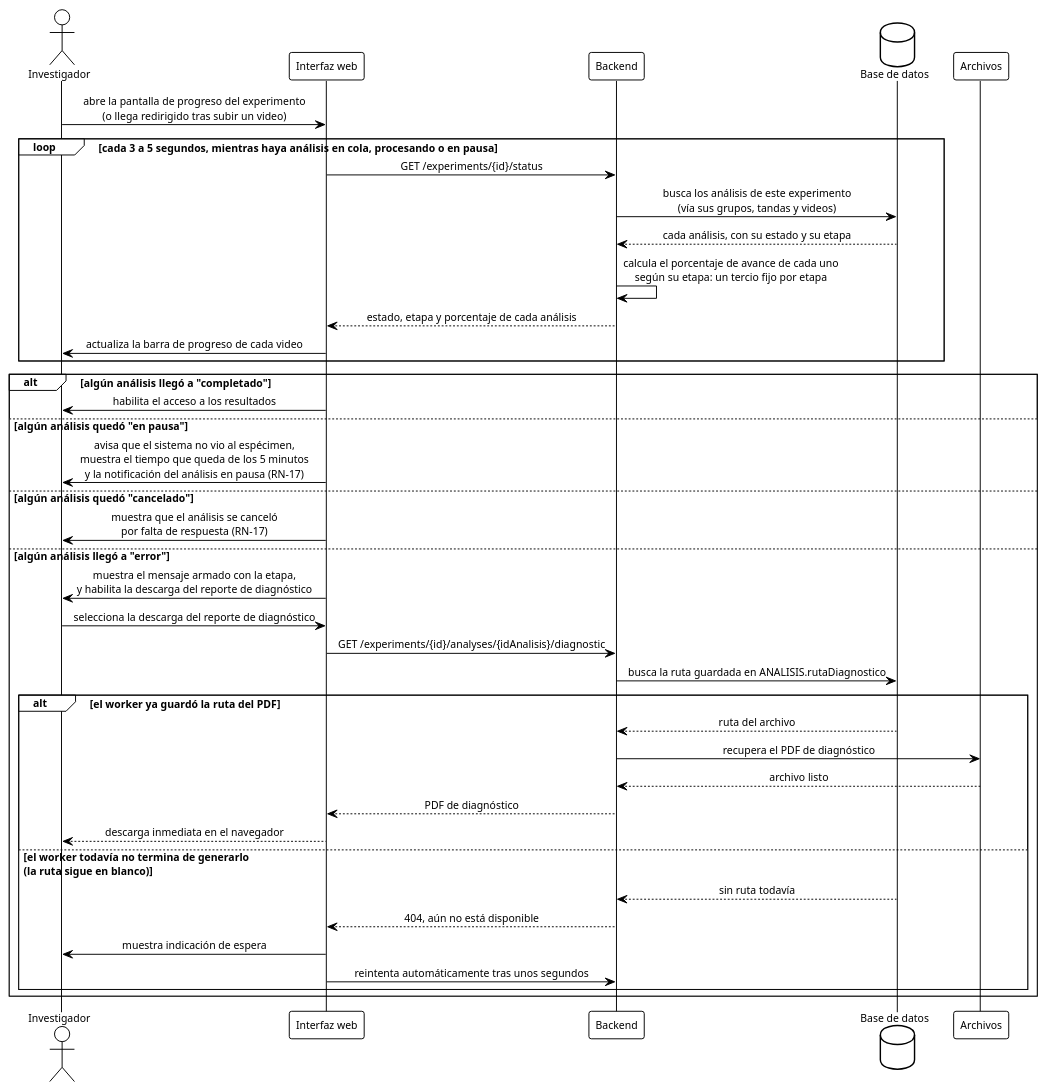
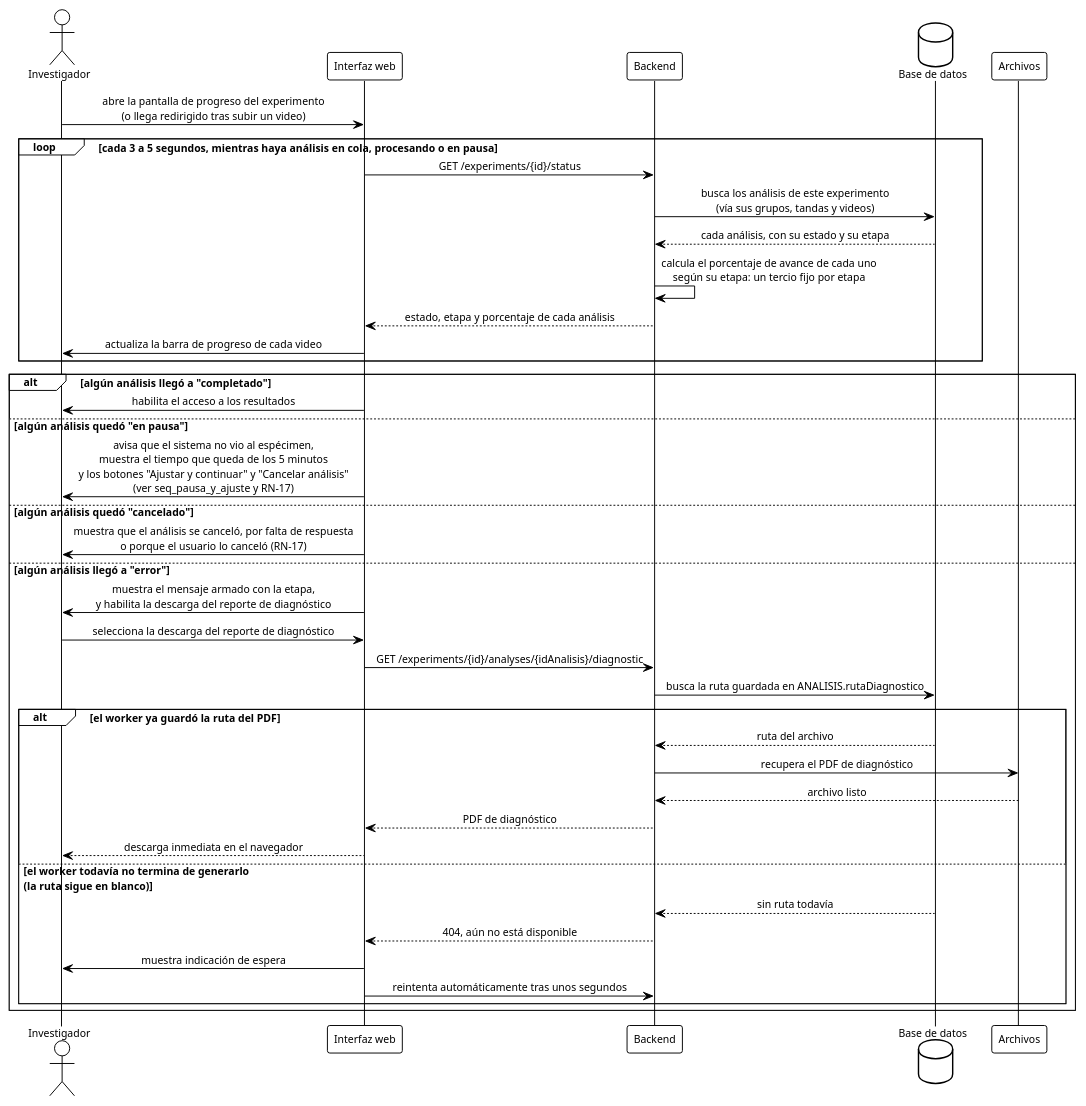
One commit to ErickJester/fst-ai-system-latex changed diagram 32 of 39 in INSTRUCCIONES-WEB.md. Above: the diagram before and after it, drawn with PlantUML. The commit also changed other lines of this file and 28 other files, not shown here.

````diff
--- a/INSTRUCCIONES-WEB.md
+++ b/INSTRUCCIONES-WEB.md
@@ -2310,51 +2410,51 @@
 ```plantuml
 @startuml seq_consulta_progreso
 !theme plain
 skinparam defaultFontName Arial
 skinparam defaultFontSize 11
 skinparam shadowing false
 skinparam sequenceMessageAlign center
 skinparam BoxPadding 10
 actor Investigador as inv
 participant "Interfaz web" as ui
 participant Backend as api
 database "Base de datos" as db
 participant "Archivos" as fs
 
 inv -> ui: abre la pantalla de progreso del experimento\n(o llega redirigido tras subir un video)
 
 loop cada 3 a 5 segundos, mientras haya análisis en cola, procesando o en pausa
   ui -> api: GET /experiments/{id}/status
   api -> db: busca los análisis de este experimento\n(vía sus grupos, tandas y videos)
   db --> api: cada análisis, con su estado y su etapa
   api -> api: calcula el porcentaje de avance de cada uno\nsegún su etapa: un tercio fijo por etapa
   api --> ui: estado, etapa y porcentaje de cada análisis
   ui -> inv: actualiza la barra de progreso de cada video
 end
 
 alt algún análisis llegó a "completado"
   ui -> inv: habilita el acceso a los resultados
 else algún análisis quedó "en pausa"
-  ui -> inv: avisa que el sistema no vio al espécimen,\nmuestra el tiempo que queda de los 5 minutos\ny la notificación del análisis en pausa (RN-17)
+  ui -> inv: avisa que el sistema no vio al espécimen,\nmuestra el tiempo que queda de los 5 minutos\ny los botones "Ajustar y continuar" y "Cancelar análisis"\n(ver seq_pausa_y_ajuste y RN-17)
 else algún análisis quedó "cancelado"
-  ui -> inv: muestra que el análisis se canceló\npor falta de respuesta (RN-17)
+  ui -> inv: muestra que el análisis se canceló, por falta de respuesta\no porque el usuario lo canceló (RN-17)
 else algún análisis llegó a "error"
   ui -> inv: muestra el mensaje armado con la etapa,\ny habilita la descarga del reporte de diagnóstico
   inv -> ui: selecciona la descarga del reporte de diagnóstico
   ui -> api: GET /experiments/{id}/analyses/{idAnalisis}/diagnostic
   api -> db: busca la ruta guardada en ANALISIS.rutaDiagnostico
   alt el worker ya guardó la ruta del PDF
     db --> api: ruta del archivo
     api -> fs: recupera el PDF de diagnóstico
     fs --> api: archivo listo
     api --> ui: PDF de diagnóstico
     ui --> inv: descarga inmediata en el navegador
   else el worker todavía no termina de generarlo\n(la ruta sigue en blanco)
     db --> api: sin ruta todavía
     api --> ui: 404, aún no está disponible
     ui -> inv: muestra indicación de espera
     ui -> api: reintenta automáticamente tras unos segundos
   end
 end
 @enduml
 ```
````
